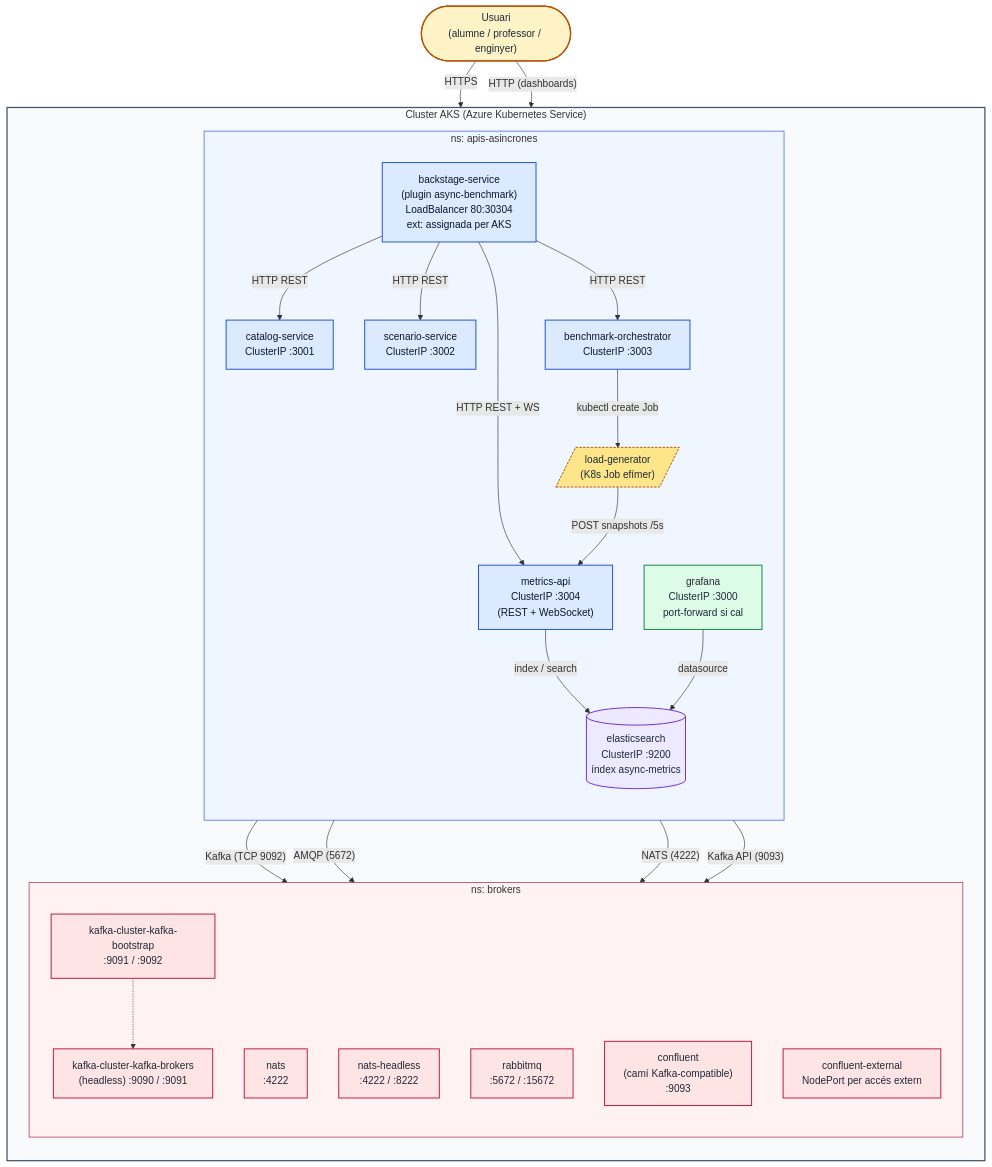
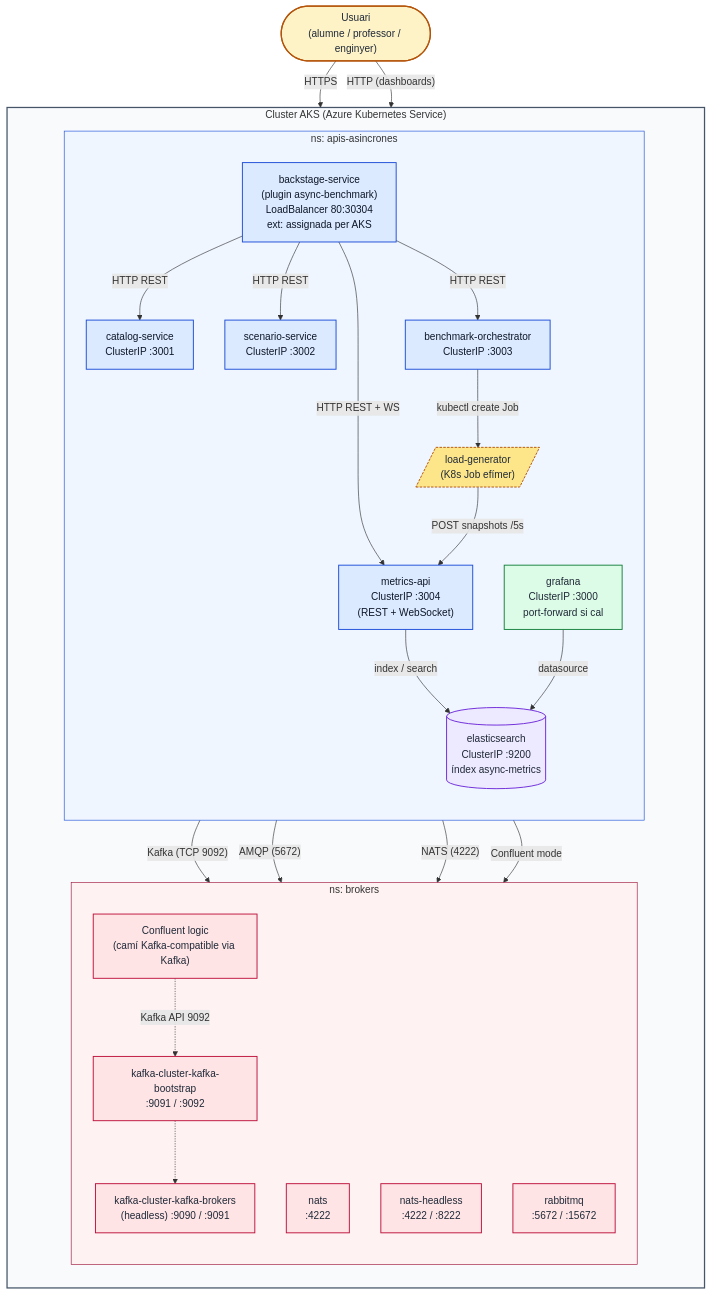
One commit to marcfontt/apis-asincrones changed the diagram in docs/architecture.md. Above: the diagram before and after it, drawn with Mermaid. The commit also changed other lines of this file and 20 other files, not shown here.

````diff
--- a/docs/architecture.md
+++ b/docs/architecture.md
@@ -29,74 +29,74 @@
 ```mermaid
 flowchart TB
     %% Usuari extern
     user(["Usuari<br/>(alumne / professor / enginyer)"]):::external
 
     %% Cluster AKS
     subgraph cluster["Cluster AKS (Azure Kubernetes Service)"]
         direction TB
 
         %% Namespace: apis-asincrones
         subgraph nsApp["ns: apis-asincrones"]
             direction TB
             backstage["backstage-service<br/>(plugin async-benchmark)<br/>LoadBalancer 80:30304<br/>ext: assignada per AKS"]:::app
             catalog["catalog-service<br/>ClusterIP :3001"]:::app
             scenario["scenario-service<br/>ClusterIP :3002"]:::app
             orchestrator["benchmark-orchestrator<br/>ClusterIP :3003"]:::app
             metrics["metrics-api<br/>ClusterIP :3004<br/>(REST + WebSocket)"]:::app
             es[("elasticsearch<br/>ClusterIP :9200<br/>índex async-metrics")]:::data
             grafana["grafana<br/>ClusterIP :3000<br/>port-forward si cal"]:::obs
             loadgen[/"load-generator<br/>(K8s Job efímer)"/]:::job
         end
 
         %% Namespace: brokers
         subgraph nsBrokers["ns: brokers"]
             direction TB
             kafkaBoot["kafka-cluster-kafka-bootstrap<br/>:9091 / :9092"]:::broker
             kafkaBrokers["kafka-cluster-kafka-brokers<br/>(headless) :9090 / :9091"]:::broker
             nats["nats<br/>:4222"]:::broker
             natsHl["nats-headless<br/>:4222 / :8222"]:::broker
             rabbit["rabbitmq<br/>:5672 / :15672"]:::broker
-            confluent["confluent<br/>(camí Kafka-compatible)<br/>:9093"]:::broker
-            confluentExt["confluent-external<br/>NodePort per accés extern"]:::broker
+            confluent["Confluent logic<br/>(camí Kafka-compatible via Kafka)"]:::broker
         end
     end
 
     %% Flux de l'usuari
     user -- "HTTPS" --> backstage
     user -- "HTTP (dashboards)" --> grafana
 
     %% Plugin -> backends interns
     backstage -- "HTTP REST" --> catalog
     backstage -- "HTTP REST" --> scenario
     backstage -- "HTTP REST" --> orchestrator
     backstage -- "HTTP REST + WS" --> metrics
 
     %% Orquestrador desplega Jobs
     orchestrator -- "kubectl create Job" --> loadgen
 
     %% Load generator -> brokers
     loadgen -- "Kafka (TCP 9092)" --> kafkaBoot
     loadgen -- "AMQP (5672)" --> rabbit
     loadgen -- "NATS (4222)" --> nats
-    loadgen -- "Kafka API (9093)" --> confluent
+    loadgen -- "Confluent mode" --> confluent
+    confluent -. "Kafka API 9092" .-> kafkaBoot
 
     %% Mètriques
     loadgen -- "POST snapshots /5s" --> metrics
     metrics -- "index / search" --> es
     grafana -- "datasource" --> es
 
     %% Strimzi internal
     kafkaBoot -.-> kafkaBrokers
 
     %% Estils per namespace
     classDef external fill:#fef3c7,stroke:#b45309,stroke-width:2px,color:#1f2937;
     classDef app     fill:#dbeafe,stroke:#1d4ed8,stroke-width:1.5px,color:#0f172a;
     classDef data    fill:#ede9fe,stroke:#6d28d9,stroke-width:1.5px,color:#1f2937;
     classDef obs     fill:#dcfce7,stroke:#15803d,stroke-width:1.5px,color:#1f2937;
     classDef broker  fill:#ffe4e6,stroke:#be123c,stroke-width:1.5px,color:#1f2937;
     classDef job     fill:#fde68a,stroke:#b45309,stroke-width:1.5px,color:#1f2937,stroke-dasharray: 4 2;
 
     style cluster   fill:#f8fafc,stroke:#475569,stroke-width:2px
     style nsApp     fill:#eff6ff,stroke:#1d4ed8,stroke-width:1px
     style nsBrokers fill:#fef2f2,stroke:#9f1239,stroke-width:1px
 ```
````
